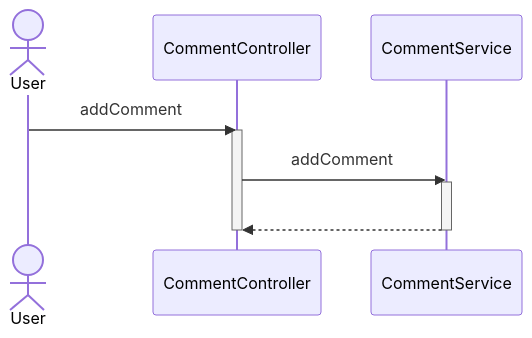
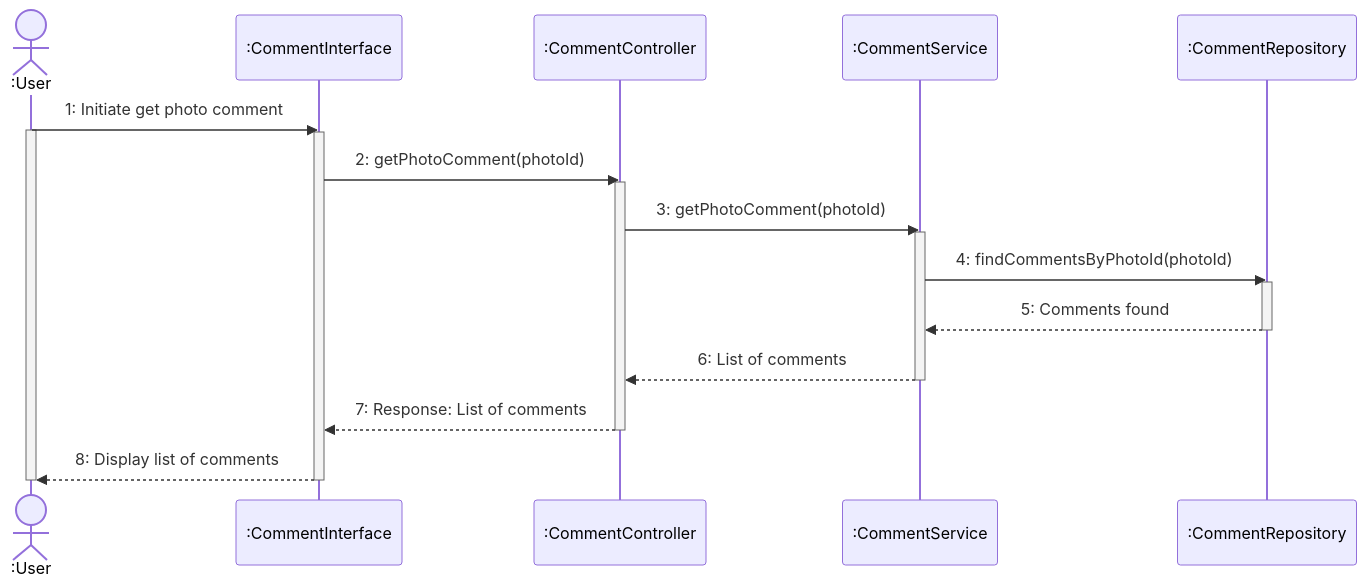
Before and after one commit to lightmon233/Memento: diagram 13 of 14 in README.md, drawn with Mermaid. The commit also changed other lines of this file, not shown here.

````diff
--- a/README.md
+++ b/README.md
@@ -590,11 +703,28 @@
 ```mermaid
 sequenceDiagram
-actor User
-User ->> CommentController : addComment
-activate CommentController
-CommentController ->> CommentService : addComment
-activate CommentService
-CommentService -->> CommentController : #32; 
-deactivate CommentService
-deactivate CommentController
+    actor User as :User
+    participant CommentInterface as :CommentInterface
+    participant CommentController as :CommentController
+    participant CommentService as :CommentService
+    participant CommentRepository as :CommentRepository
+    
+    User->>CommentInterface: 1: Initiate get photo comment
+    activate User
+    activate CommentInterface
+    CommentInterface->>CommentController: 2: getPhotoComment(photoId)
+    activate CommentController
+    CommentController->>CommentService: 3: getPhotoComment(photoId)
+    activate CommentService
+    CommentService->>CommentRepository: 4: findCommentsByPhotoId(photoId)
+    activate CommentRepository
+    CommentRepository-->>CommentService: 5: Comments found
+    deactivate CommentRepository
+    CommentService-->>CommentController: 6: List of comments
+    deactivate CommentService
+    CommentController-->>CommentInterface: 7: Response: List of comments
+    deactivate CommentController
+    CommentInterface-->>User: 8: Display list of comments
+    deactivate CommentInterface
+    deactivate User
+
 ```
````
